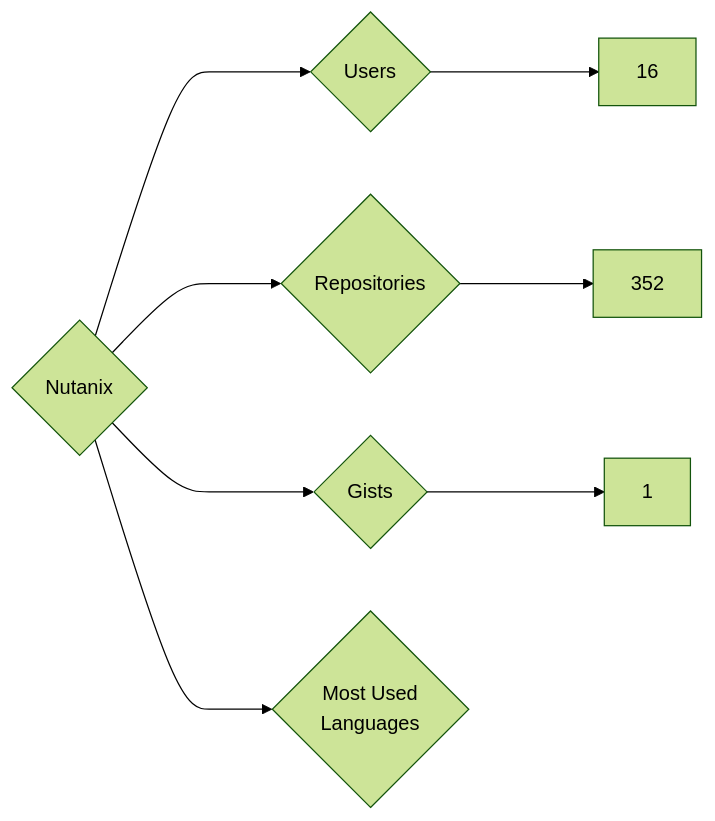
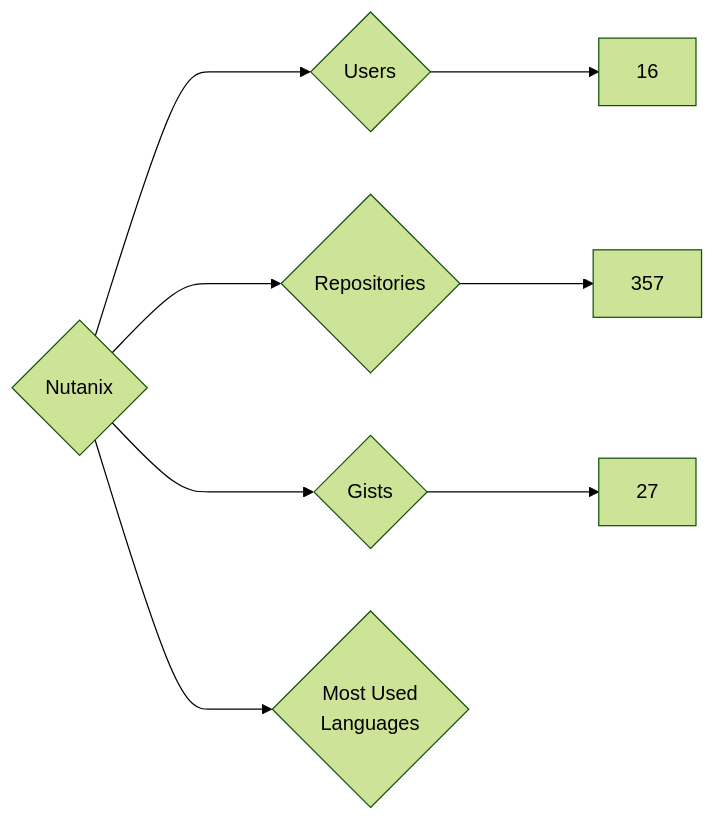
The diagram in targets/Nutanix/README.md (nenadzaric/insiders), drawn with Mermaid (forest theme) before and after one commit. The commit also changed 1342 other files, not shown here.

````diff
--- a/targets/Nutanix/README.md
+++ b/targets/Nutanix/README.md
@@ -3,8 +3,8 @@
 ```mermaid
 graph LR
 COMPANY_NAME{Nutanix}
 COMPANY_NAME ---> U{Users} ---> UN[16]
-COMPANY_NAME ---> R{Repositories} ---> RN[352]
-COMPANY_NAME ---> G{Gists} ---> GN[1]
+COMPANY_NAME ---> R{Repositories} ---> RN[357]
+COMPANY_NAME ---> G{Gists} ---> GN[27]
 COMPANY_NAME ---> ML{Most Used<br>Languages}
 ```
````
